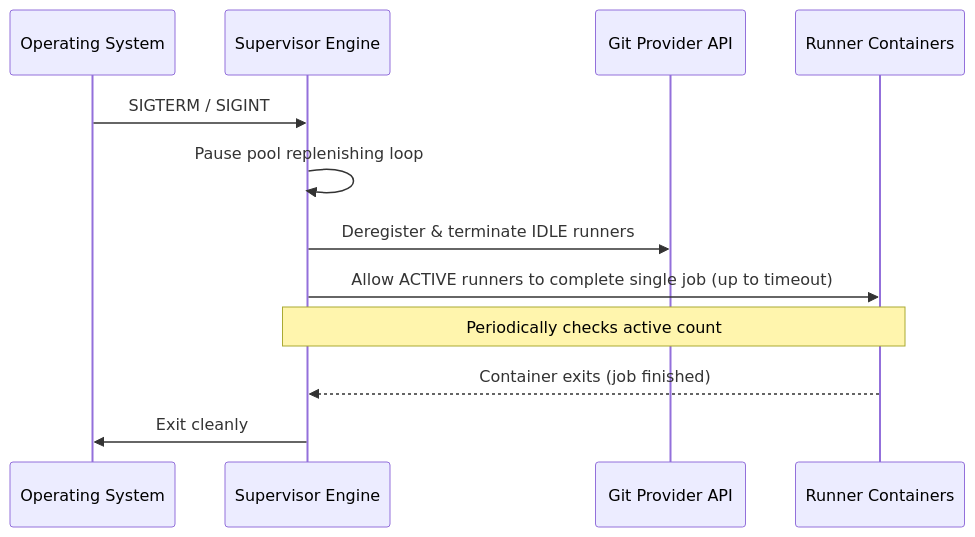
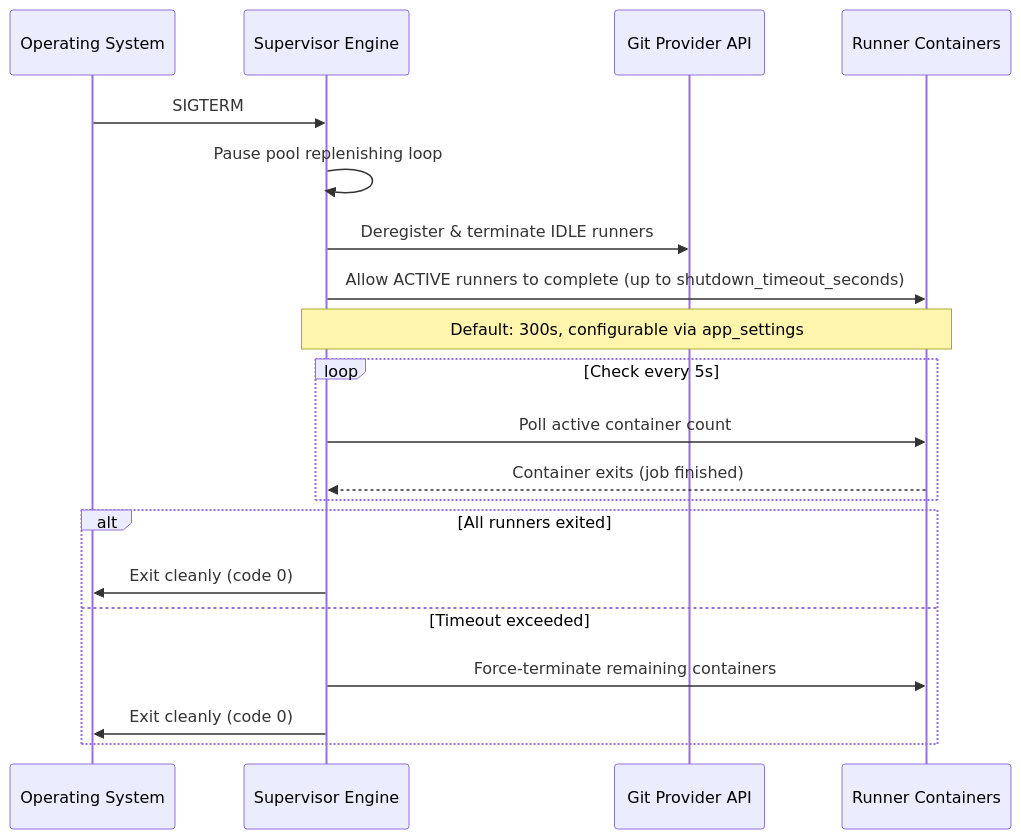
One commit to noosxe/gh-runner changed the diagram in docs/03-lifecycle-and-orchestration.md. Above: the diagram before and after it, drawn with Mermaid. The commit also changed other lines of this file and 5 other files, not shown here.

First line of the commit message:
docs: resolve design review gaps across architecture docs (#23)

````diff
--- a/docs/03-lifecycle-and-orchestration.md
+++ b/docs/03-lifecycle-and-orchestration.md
@@ -69,15 +97,23 @@
 ```mermaid
 sequenceDiagram
     participant OS as Operating System
     participant SV as Supervisor Engine
     participant GP as Git Provider API
     participant RC as Runner Containers
     
-    OS->>SV: SIGTERM / SIGINT
+    OS->>SV: SIGTERM
     SV->>SV: Pause pool replenishing loop
     SV->>GP: Deregister & terminate IDLE runners
-    SV->>RC: Allow ACTIVE runners to complete single job (up to timeout)
-    Note over SV,RC: Periodically checks active count
-    RC-->>SV: Container exits (job finished)
-    SV->>OS: Exit cleanly
+    SV->>RC: Allow ACTIVE runners to complete (up to shutdown_timeout_seconds)
+    Note over SV,RC: Default: 300s, configurable via app_settings
+    loop Check every 5s
+        SV->>RC: Poll active container count
+        RC-->>SV: Container exits (job finished)
+    end
+    alt All runners exited
+        SV->>OS: Exit cleanly (code 0)
+    else Timeout exceeded
+        SV->>RC: Force-terminate remaining containers
+        SV->>OS: Exit cleanly (code 0)
+    end
 ```
````
